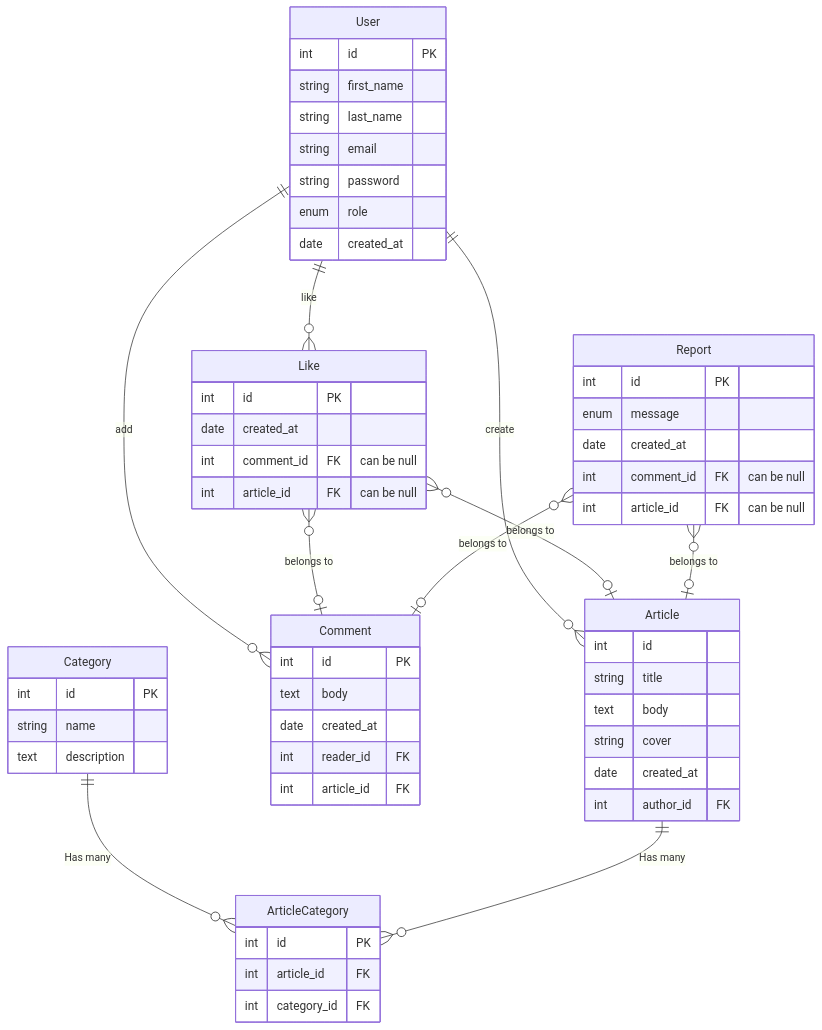
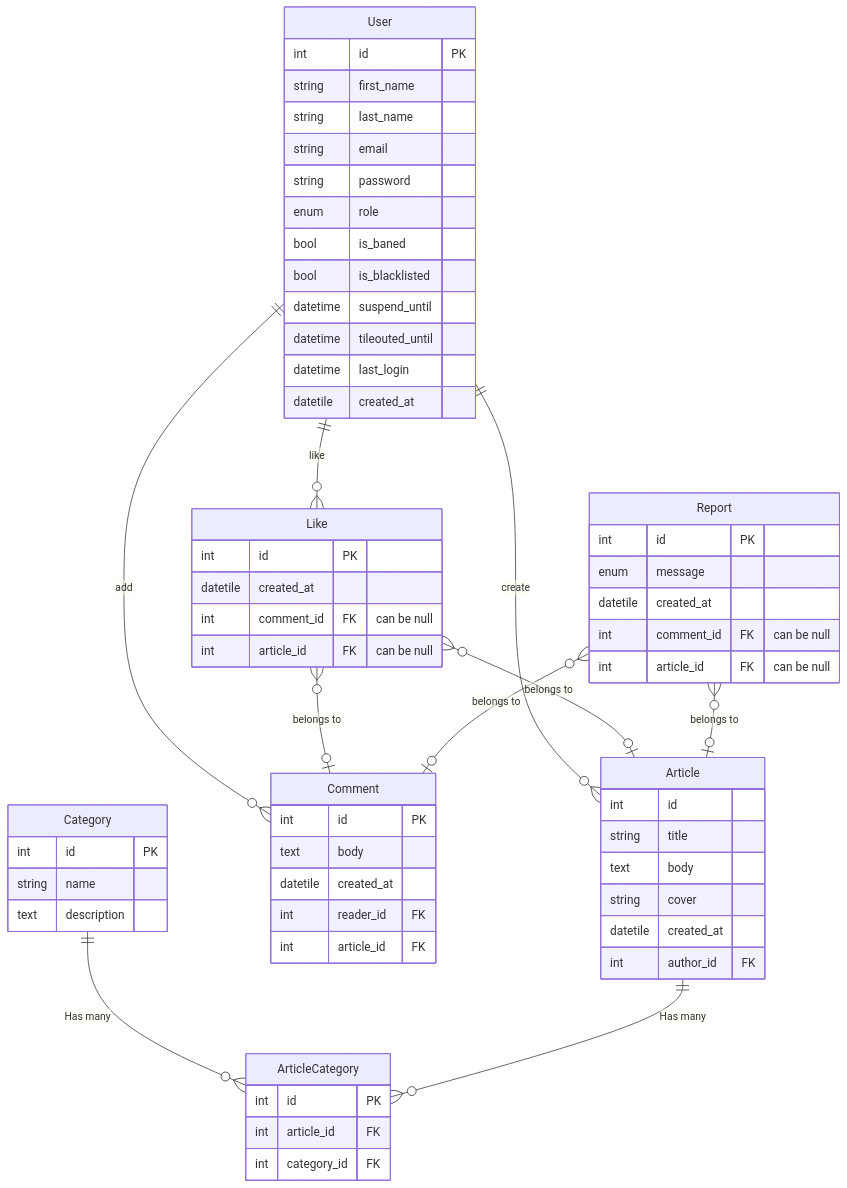
The diagram in conception/ERD.md (Badr-Eddine-Slaoui/YouCodeFirstYearSprintFourBriefTwo), drawn with Mermaid before and after one commit.

Commit message:
Update ER Diagram

````diff
--- a/conception/ERD.md
+++ b/conception/ERD.md
@@ -1,76 +1,81 @@
 ```mermaid
 erDiagram
     User {
         int id PK
         string first_name
         string last_name
         string email
         string password
         enum role
-        date created_at
+        bool is_baned
+        bool is_blacklisted
+        datetime suspend_until
+        datetime tileouted_until
+        datetime last_login
+        datetile created_at
     }
 
 
     Article{
         int id
         string title
         text body
         string cover
-        date created_at
+        datetile created_at
         int author_id FK
     }
 
 
     Comment {
         int id PK
         text body
-        date created_at
+        datetile created_at
         int reader_id FK
         int article_id FK
     }
 
     Like {
         int id PK
-        date created_at
+        datetile created_at
         int comment_id FK "can be null"
         int article_id FK "can be null"
     }
 
     Category {
         int id PK
         string name
         text description
     }
 
     Report {
         int id PK
         enum message
-        date created_at
+        datetile created_at
         int comment_id FK "can be null"
         int article_id FK "can be null"
     }
 
     ArticleCategory{
         int id PK
         int article_id FK
         int category_id FK
     }
 
     User ||--o{ Article : create
 
     User ||--o{ Comment : add
 
     User ||--o{ Like : like
 
     Category ||--o{ ArticleCategory : "Has many"
 
     Article ||--o{ ArticleCategory : "Has many"
 
     Like }o--|o Comment : "belongs to"
 
     Like }o--|o Article : "belongs to"
 
     Report }o--|o Comment : "belongs to"
 
     Report }o--|o Article : "belongs to"
 ```
````
